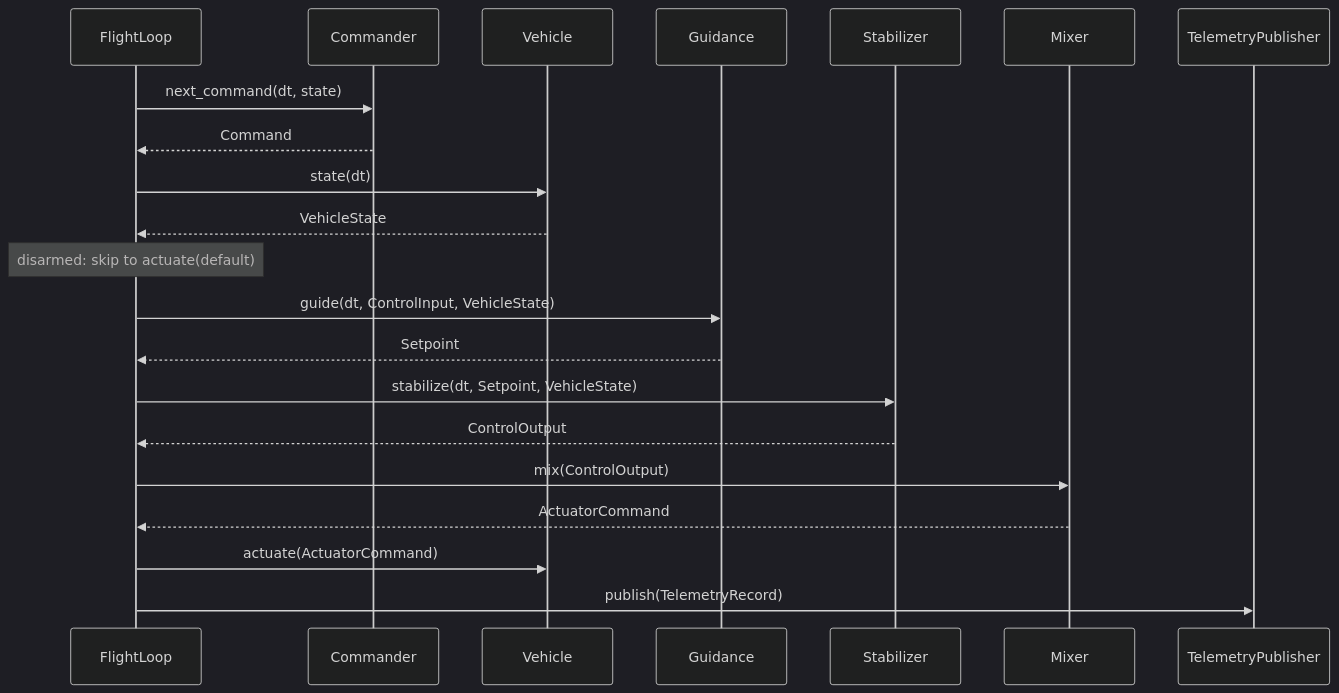
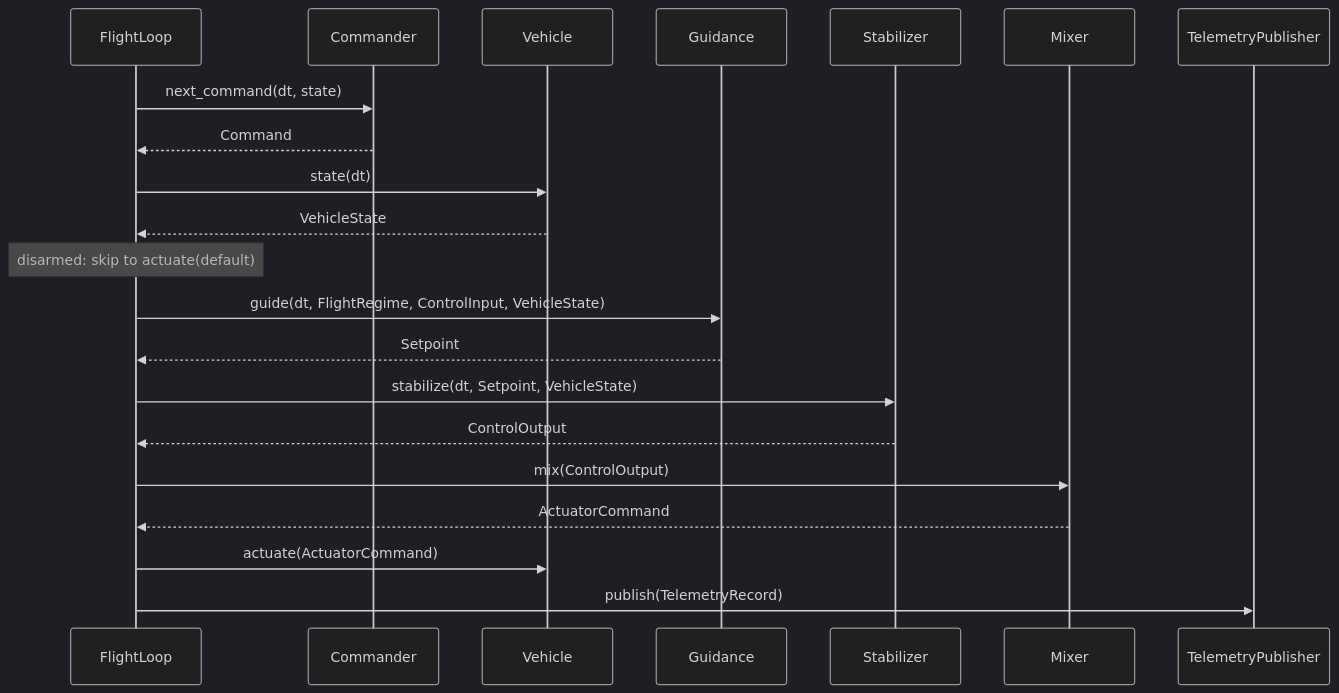
The diagram in architecture.md (wboayue/stable-flight), drawn with Mermaid (dark theme) before and after one commit. The commit also changed other lines of this file and 42 other files, not shown here.

Commit message:
Flight regime request and flight mode report (#181)

````diff
--- a/architecture.md
+++ b/architecture.md
@@ -172,24 +173,24 @@
 ```mermaid
 sequenceDiagram
     participant FlightLoop
     participant Commander
     participant Vehicle
     participant Guidance
     participant Stabilizer
     participant Mixer
     participant TelemetryPublisher
 
     FlightLoop->>Commander: next_command(dt, state)
     Commander-->>FlightLoop: Command
     FlightLoop->>Vehicle: state(dt)
     Vehicle-->>FlightLoop: VehicleState
     Note over FlightLoop: disarmed: skip to actuate(default)
-    FlightLoop->>Guidance: guide(dt, ControlInput, VehicleState)
+    FlightLoop->>Guidance: guide(dt, FlightRegime, ControlInput, VehicleState)
     Guidance-->>FlightLoop: Setpoint
     FlightLoop->>Stabilizer: stabilize(dt, Setpoint, VehicleState)
     Stabilizer-->>FlightLoop: ControlOutput
     FlightLoop->>Mixer: mix(ControlOutput)
     Mixer-->>FlightLoop: ActuatorCommand
     FlightLoop->>Vehicle: actuate(ActuatorCommand)
     FlightLoop->>TelemetryPublisher: publish(TelemetryRecord)
 ```
````
